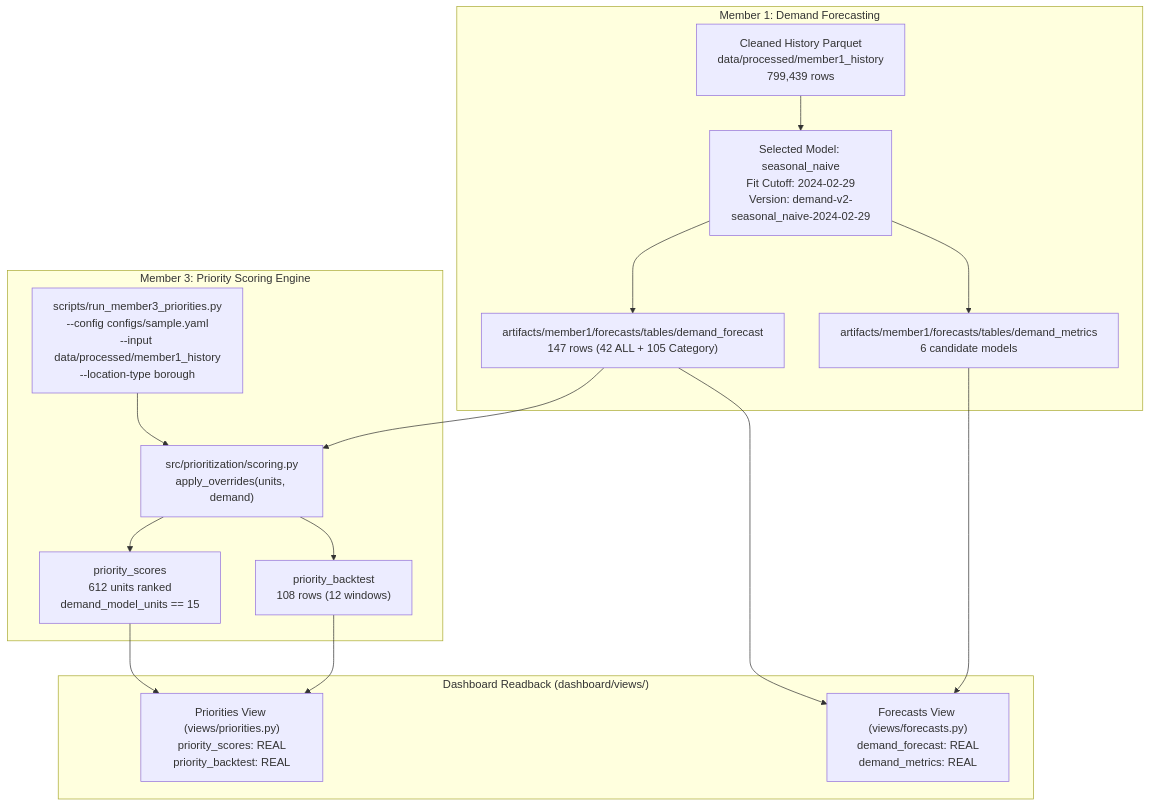
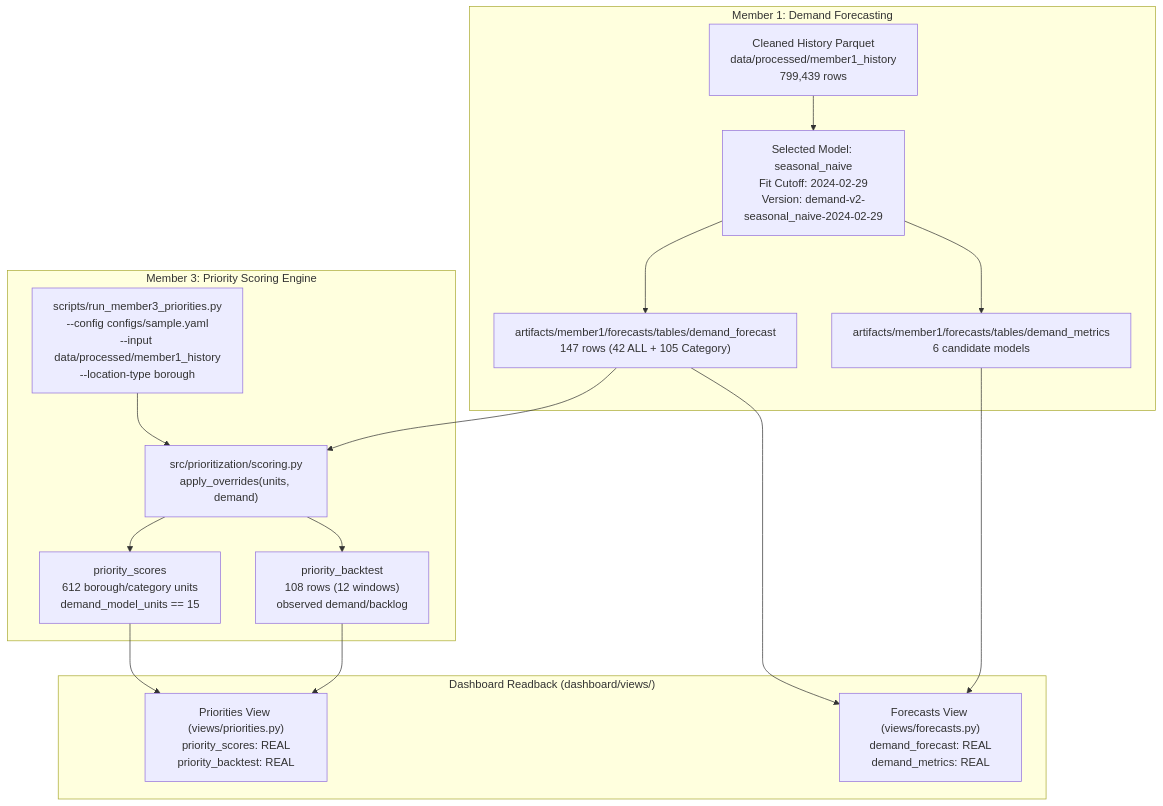
The diagram in reports/member1/task_a3_verification_report.md (thenithin342/urban-service-intelligence), drawn with Mermaid before and after one commit. The commit also changed other lines of this file and 2 other files, not shown here.

First line of the commit message:
feat(member1): exclude ALL from priority overrides, add double counting regression test, and update A3 report

````diff
--- a/reports/member1/task_a3_verification_report.md
+++ b/reports/member1/task_a3_verification_report.md
@@ -16,31 +16,31 @@
 ```mermaid
 flowchart TD
     subgraph Member1["Member 1: Demand Forecasting"]
         M1_History["Cleaned History Parquet<br>data/processed/member1_history<br>799,439 rows"]
         M1_Model["Selected Model: seasonal_naive<br>Fit Cutoff: 2024-02-29<br>Version: demand-v2-seasonal_naive-2024-02-29"]
         M1_Forecast["artifacts/member1/forecasts/tables/demand_forecast<br>147 rows (42 ALL + 105 Category)"]
         M1_Metrics["artifacts/member1/forecasts/tables/demand_metrics<br>6 candidate models"]
         M1_History --> M1_Model --> M1_Forecast
         M1_Model --> M1_Metrics
     end
 
     subgraph Member3["Member 3: Priority Scoring Engine"]
         CLI["scripts/run_member3_priorities.py<br>--config configs/sample.yaml<br>--input data/processed/member1_history<br>--location-type borough"]
         Engine["src/prioritization/scoring.py<br>apply_overrides(units, demand)"]
-        PS["priority_scores<br>612 units ranked<br>demand_model_units == 15"]
-        PB["priority_backtest<br>108 rows (12 windows)"]
+        PS["priority_scores<br>612 borough/category units<br>demand_model_units == 15"]
+        PB["priority_backtest<br>108 rows (12 windows)<br>observed demand/backlog"]
         CLI --> Engine --> PS
         Engine --> PB
     end
 
     subgraph Dashboard["Dashboard Readback (dashboard/views/)"]
         D_Forecasts["Forecasts View (views/forecasts.py)<br>demand_forecast: REAL<br>demand_metrics: REAL"]
         D_Priorities["Priorities View (views/priorities.py)<br>priority_scores: REAL<br>priority_backtest: REAL"]
     end
 
     M1_Forecast --> Engine
     M1_Forecast --> D_Forecasts
     M1_Metrics --> D_Forecasts
     PS --> D_Priorities
     PB --> D_Priorities
 ```
````
